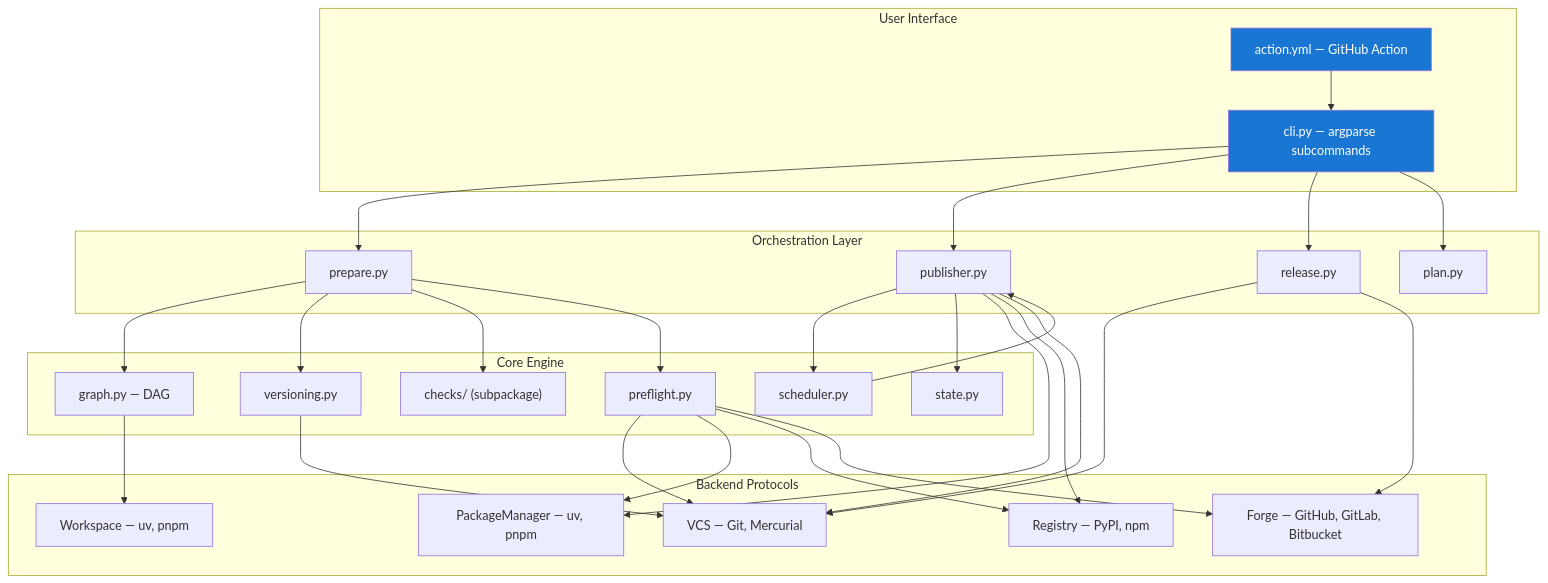
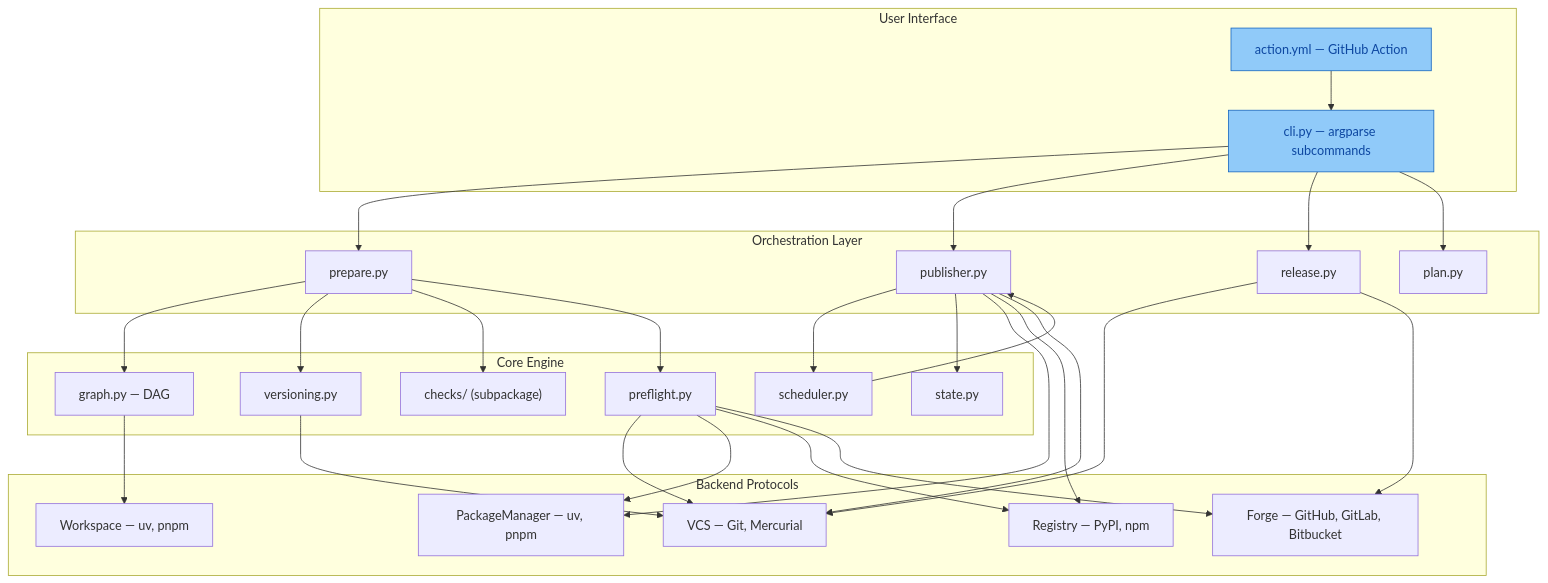
Before and after one commit to genkit-ai/genkit-python: the first of 2 diagrams in tools/releasekit/docs/docs/architecture/index.md, drawn with Mermaid. The commit also changed 208 other files, not shown here.

````diff
--- a/tools/releasekit/docs/docs/architecture/index.md
+++ b/tools/releasekit/docs/docs/architecture/index.md
@@ -13,45 +13,45 @@
 ```mermaid
 graph TB
     subgraph "User Interface"
         CLI["cli.py — argparse subcommands"]
         GHA["action.yml — GitHub Action"]
     end
 
     subgraph "Orchestration Layer"
         PREP["prepare.py"]
         PUB["publisher.py"]
         REL["release.py"]
         PLAN["plan.py"]
     end
 
     subgraph "Core Engine"
         GRAPH["graph.py — DAG"]
         SCHED["scheduler.py"]
         VER["versioning.py"]
         STATE["state.py"]
         CHECK["checks/ (subpackage)"]
         PRE["preflight.py"]
     end
 
     subgraph "Backend Protocols"
         VCS["VCS — Git, Mercurial"]
         PM["PackageManager — uv, pnpm"]
         FORGE["Forge — GitHub, GitLab, Bitbucket"]
         REG["Registry — PyPI, npm"]
         WS["Workspace — uv, pnpm"]
     end
 
     CLI --> PREP & PUB & REL & PLAN
     GHA --> CLI
     PREP --> GRAPH & VER & CHECK & PRE
     PUB --> SCHED & STATE
     REL --> VCS & FORGE
     SCHED --> PUB
     GRAPH --> WS
     VER --> VCS
     PRE --> VCS & PM & REG & FORGE
     PUB --> PM & REG & VCS
 
-    style CLI fill:#1976d2,color:#fff
-    style GHA fill:#1976d2,color:#fff
+    style CLI fill:#90caf9,stroke:#1565c0,color:#0d47a1
+    style GHA fill:#90caf9,stroke:#1565c0,color:#0d47a1
 ```
````
